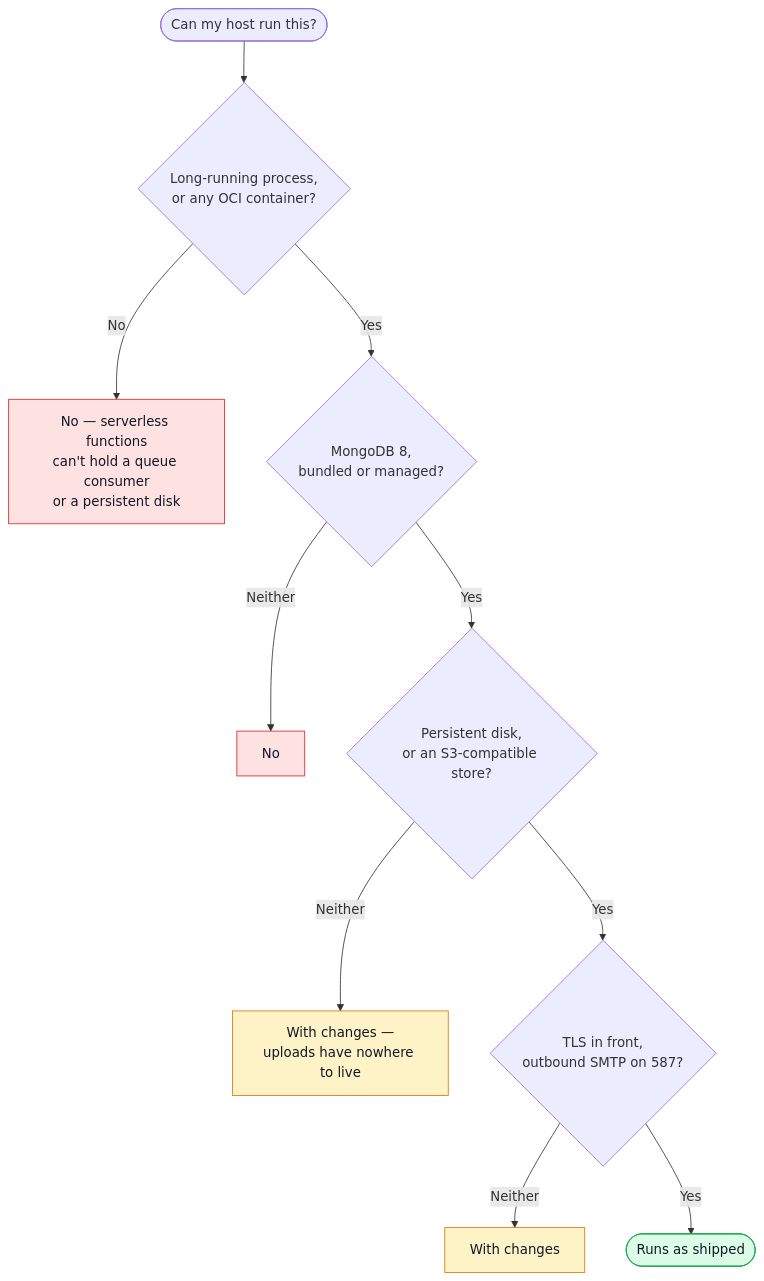
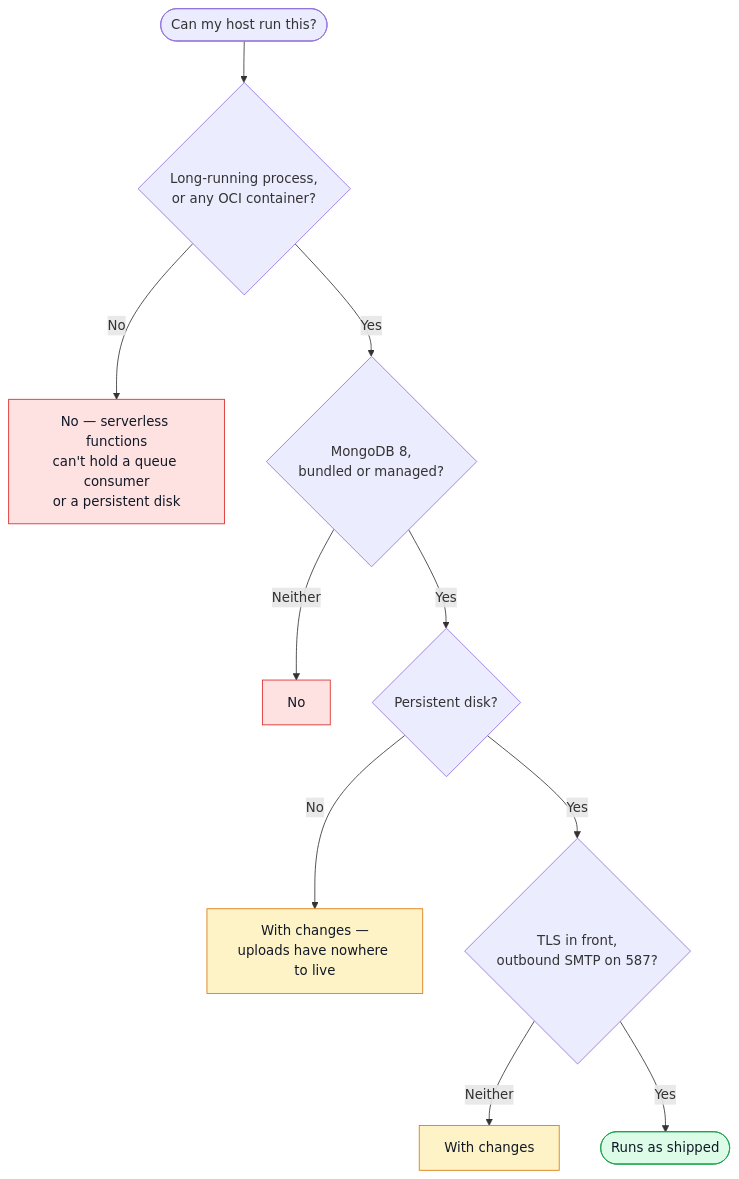
Before and after one commit to Guebbit/boilerplate-node-backend: the first of 2 diagrams in docs/tools/hosting.md, drawn with Mermaid. The commit also changed other lines of this file and 130 other files, not shown here.

````diff
--- a/docs/tools/hosting.md
+++ b/docs/tools/hosting.md
@@ -18,19 +18,19 @@
 ```mermaid
 flowchart TD
     Start(["Can my host run this?"]) --> Q1{"Long-running process,\nor any OCI container?"}
     Q1 -->|No| Serverless["No — serverless functions\ncan't hold a queue consumer\nor a persistent disk"]
     Q1 -->|Yes| Q2{"MongoDB 8,\nbundled or managed?"}
     Q2 -->|Neither| NoDB["No"]
-    Q2 -->|Yes| Q3{"Persistent disk,\nor an S3-compatible store?"}
-    Q3 -->|Neither| Uploads["With changes —\nuploads have nowhere to live"]
+    Q2 -->|Yes| Q3{"Persistent disk?"}
+    Q3 -->|No| Uploads["With changes —\nuploads have nowhere to live"]
     Q3 -->|Yes| Q4{"TLS in front,\noutbound SMTP on 587?"}
     Q4 -->|Neither| NoTLS["With changes"]
     Q4 -->|Yes| Yes(["Runs as shipped"])
 
     classDef bad fill:#fee2e2,stroke:#dc2626,color:#111827;
     classDef warn fill:#fef3c7,stroke:#d97706,color:#111827;
     classDef good fill:#dcfce7,stroke:#16a34a,color:#111827;
     class Serverless,NoDB bad;
     class Uploads,NoTLS warn;
     class Yes good;
 ```
````
